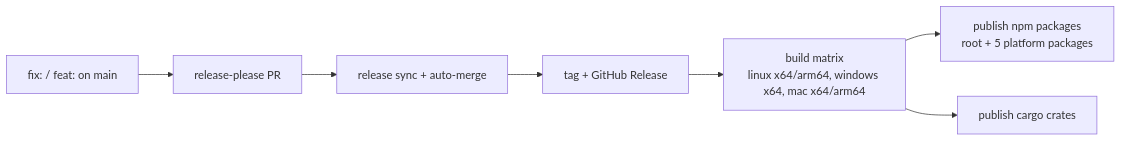
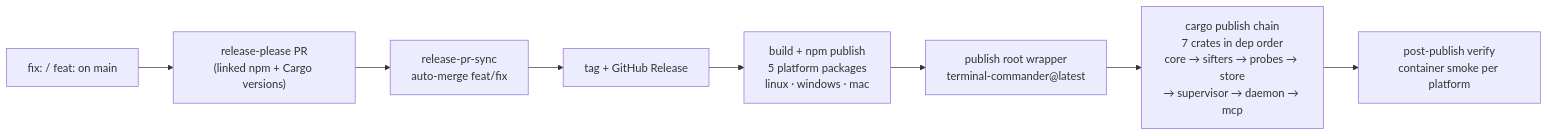
The second of 2 diagrams in README.md (special-place-ai-heaven/terminal-commander), drawn with Mermaid before and after one commit. The commit also changed other lines of this file, not shown here.

First line of the commit message:
docs(readme): refresh architecture and release diagrams from code

````diff
--- a/README.md
+++ b/README.md
@@ -399,9 +417,10 @@
 ```mermaid
 flowchart LR
-  Commit["fix: / feat: on main"] --> RP["release-please PR"]
-  RP --> Sync["release sync + auto-merge"]
+  Commit["fix: / feat: on main"] --> RP["release-please PR\n(linked npm + Cargo versions)"]
+  RP --> Sync["release-pr-sync\nauto-merge feat/fix"]
   Sync --> Tag["tag + GitHub Release"]
-  Tag --> Build["build matrix\nlinux x64/arm64, windows x64, mac x64/arm64"]
-  Build --> Publish["publish npm packages\nroot + 5 platform packages"]
-  Build --> Cargo["publish cargo crates"]
+  Tag --> Plat["build + npm publish\n5 platform packages\nlinux · windows · mac"]
+  Plat --> Root["publish root wrapper\nterminal-commander@latest"]
+  Root --> Cargo["cargo publish chain\n7 crates in dep order\ncore → sifters → probes → store\n→ supervisor → daemon → mcp"]
+  Cargo --> Verify["post-publish verify\ncontainer smoke per platform"]
 ```
````
